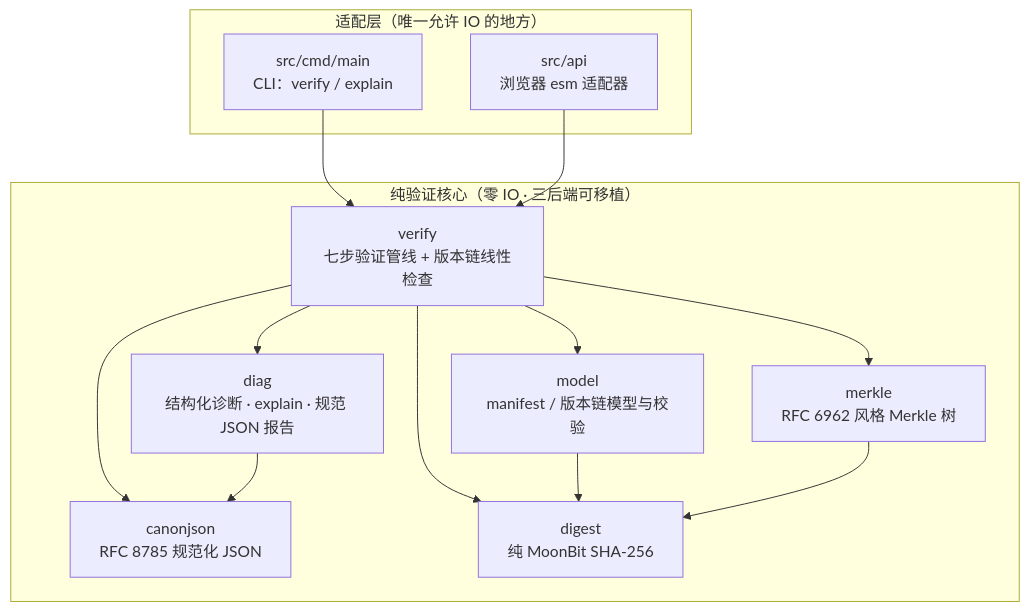
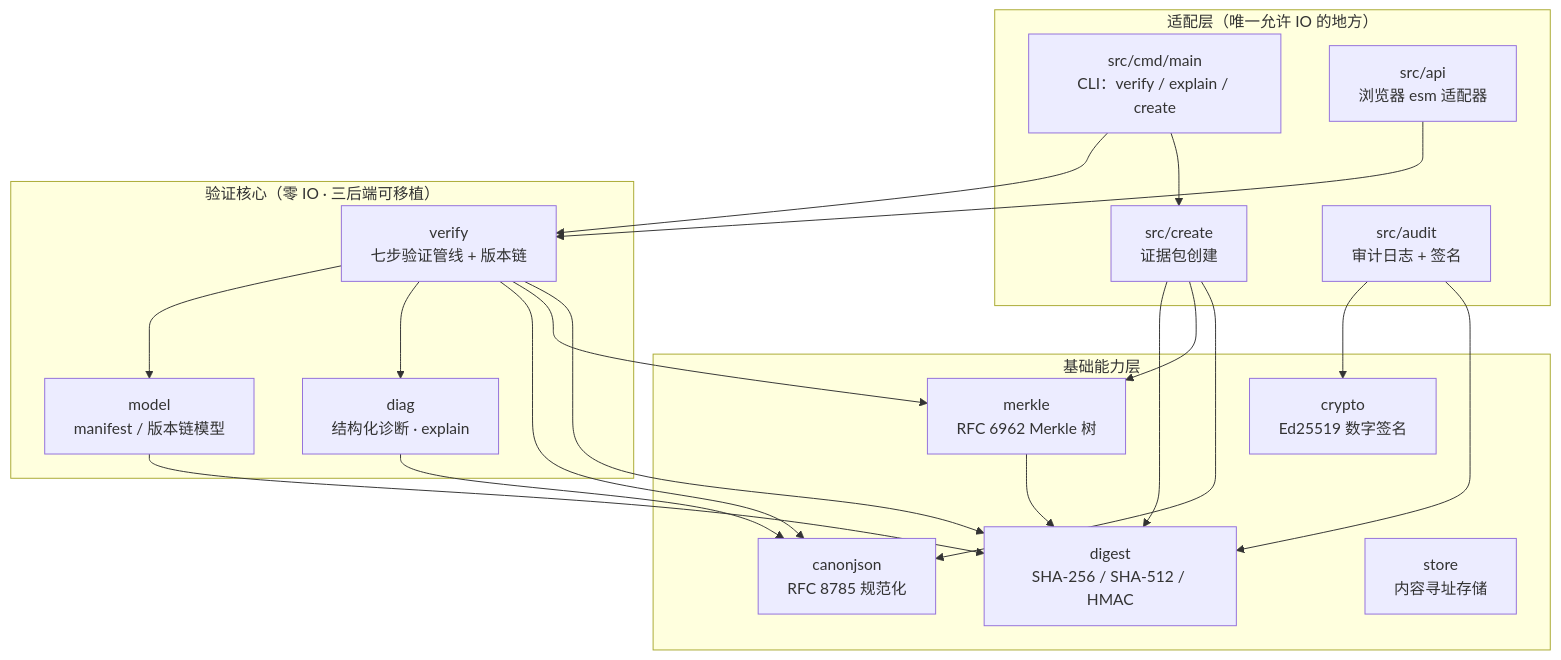
One commit to wenlittle/MoonEvidence changed the diagram in README.zh.md. Above: the diagram before and after it, drawn with Mermaid. The commit also changed other lines of this file and 115 other files, not shown here.

````diff
--- a/README.zh.md
+++ b/README.zh.md
@@ -54,25 +59,37 @@
 ```mermaid
 graph TD
   subgraph adapters["适配层（唯一允许 IO 的地方）"]
-    CLI["src/cmd/main<br/>CLI：verify / explain"]
+    CLI["src/cmd/main<br/>CLI：verify / explain / create"]
     API["src/api<br/>浏览器 esm 适配器"]
+    CREATE["src/create<br/>证据包创建"]
+    AUDIT["src/audit<br/>审计日志 + 签名"]
   end
-  subgraph core["纯验证核心（零 IO · 三后端可移植）"]
-    VERIFY["verify<br/>七步验证管线 + 版本链线性检查"]
-    MODEL["model<br/>manifest / 版本链模型与校验"]
-    DIAG["diag<br/>结构化诊断 · explain · 规范 JSON 报告"]
-    CANON["canonjson<br/>RFC 8785 规范化 JSON"]
-    DIGEST["digest<br/>纯 MoonBit SHA-256"]
-    MERKLE["merkle<br/>RFC 6962 风格 Merkle 树"]
+  subgraph core["验证核心（零 IO · 三后端可移植）"]
+    VERIFY["verify<br/>七步验证管线 + 版本链"]
+    MODEL["model<br/>manifest / 版本链模型"]
+    DIAG["diag<br/>结构化诊断 · explain"]
+  end
+  subgraph foundation["基础能力层"]
+    CANON["canonjson<br/>RFC 8785 规范化"]
+    DIGEST["digest<br/>SHA-256 / SHA-512 / HMAC"]
+    MERKLE["merkle<br/>RFC 6962 Merkle 树"]
+    CRYPTO["crypto<br/>Ed25519 数字签名"]
+    STORE["store<br/>内容寻址存储"]
   end
   CLI --> VERIFY
+  CLI --> CREATE
   API --> VERIFY
+  CREATE --> DIGEST
+  CREATE --> MERKLE
+  CREATE --> CANON
+  AUDIT --> CRYPTO
+  AUDIT --> DIGEST
   VERIFY --> MODEL
   VERIFY --> DIAG
   VERIFY --> CANON
   VERIFY --> MERKLE
   VERIFY --> DIGEST
   MODEL --> DIGEST
   MERKLE --> DIGEST
   DIAG --> CANON
 ```
````
